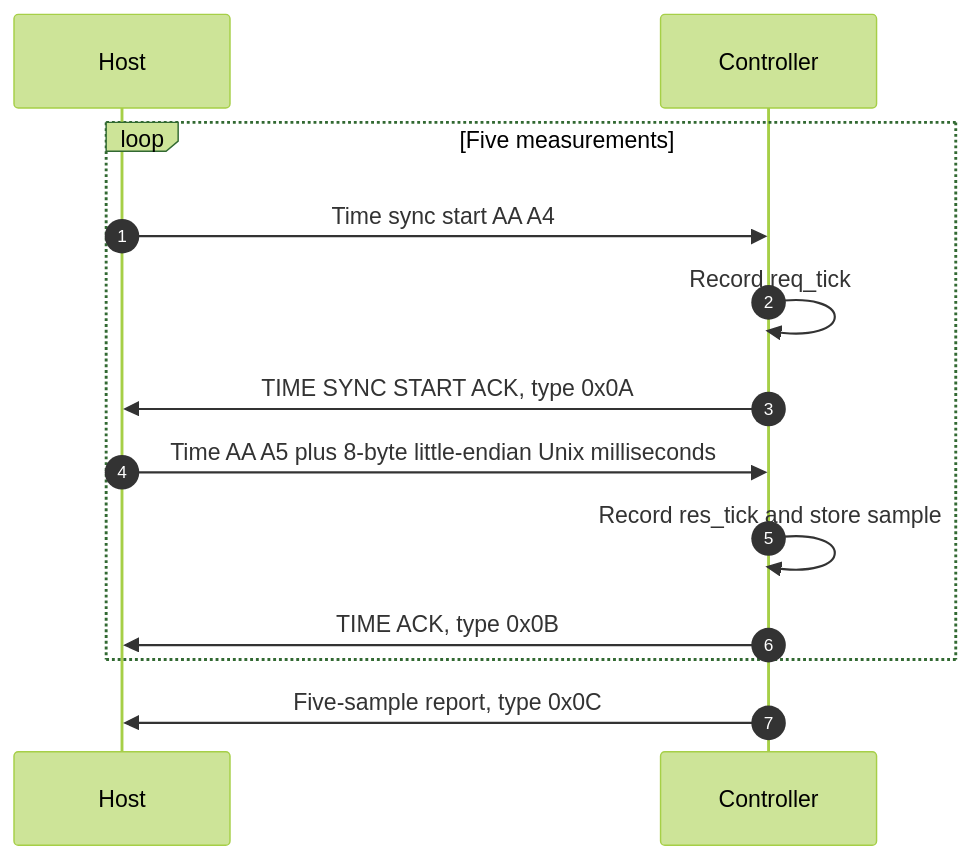
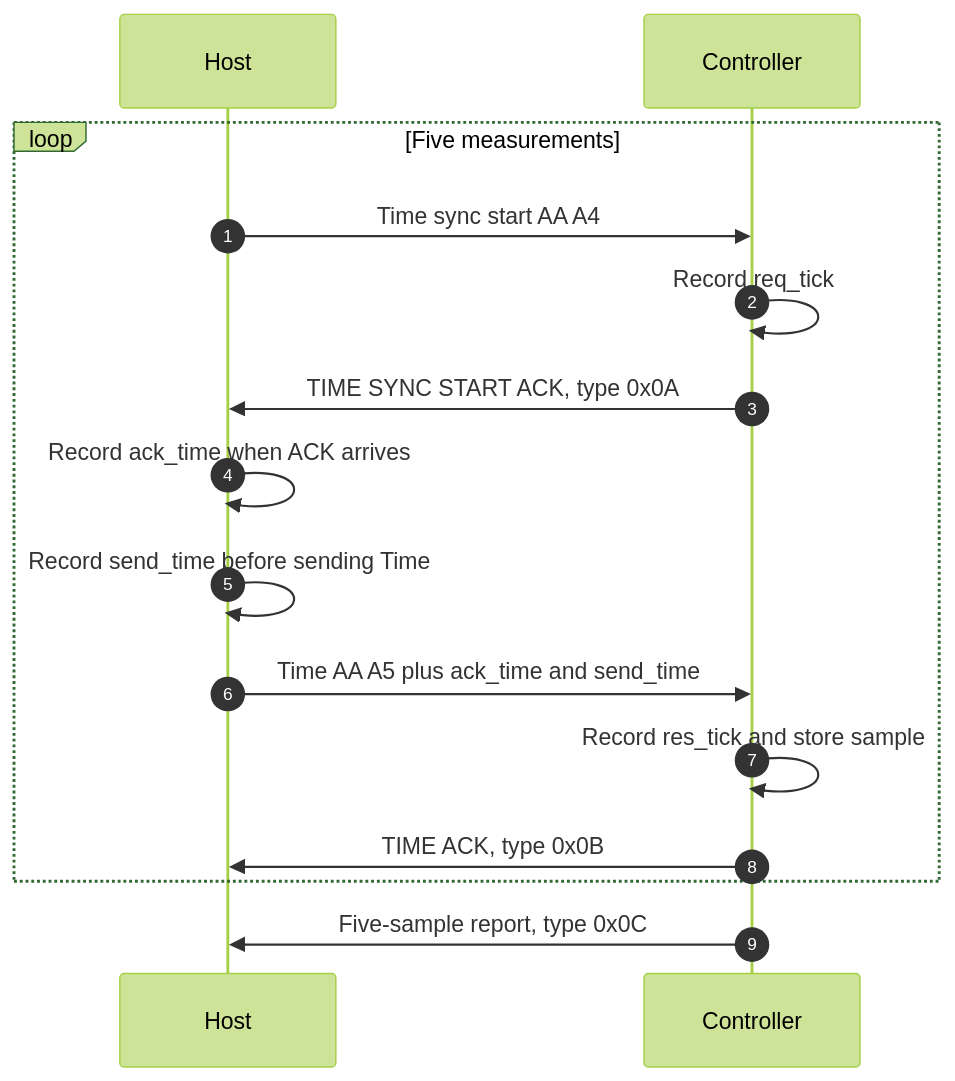
The second of 4 diagrams in docs/frame.md (kei185/sensor-echo), drawn with Mermaid (forest theme) before and after one commit. The commit also changed other lines of this file and 6 other files, not shown here.

````diff
--- a/docs/frame.md
+++ b/docs/frame.md
@@ -62,16 +71,18 @@
 ```mermaid
 sequenceDiagram
     autonumber
     participant Host
     participant Controller
 
     loop Five measurements
         Host->>Controller: Time sync start AA A4
         Controller->>Controller: Record req_tick
         Controller->>Host: TIME SYNC START ACK, type 0x0A
-        Host->>Controller: Time AA A5 plus 8-byte little-endian Unix milliseconds
+        Host->>Host: Record ack_time when ACK arrives
+        Host->>Host: Record send_time before sending Time
+        Host->>Controller: Time AA A5 plus ack_time and send_time
         Controller->>Controller: Record res_tick and store sample
         Controller->>Host: TIME ACK, type 0x0B
     end
     Controller->>Host: Five-sample report, type 0x0C
 ```
````
